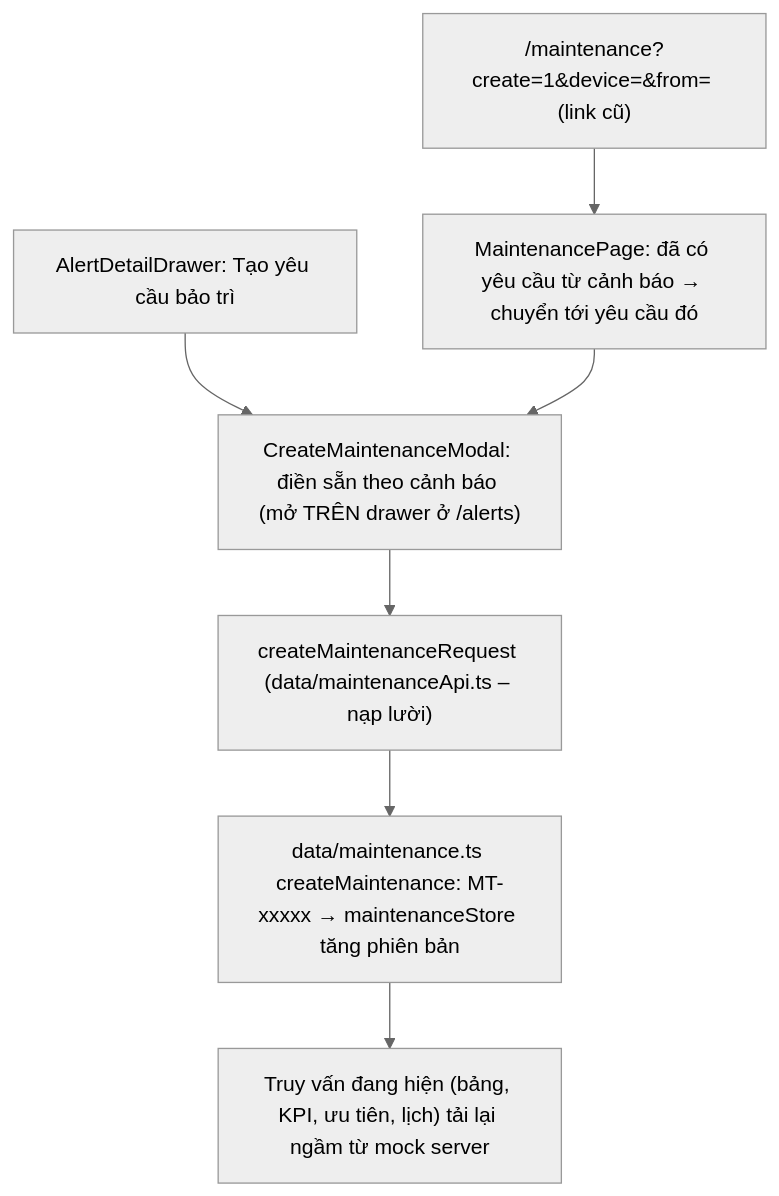
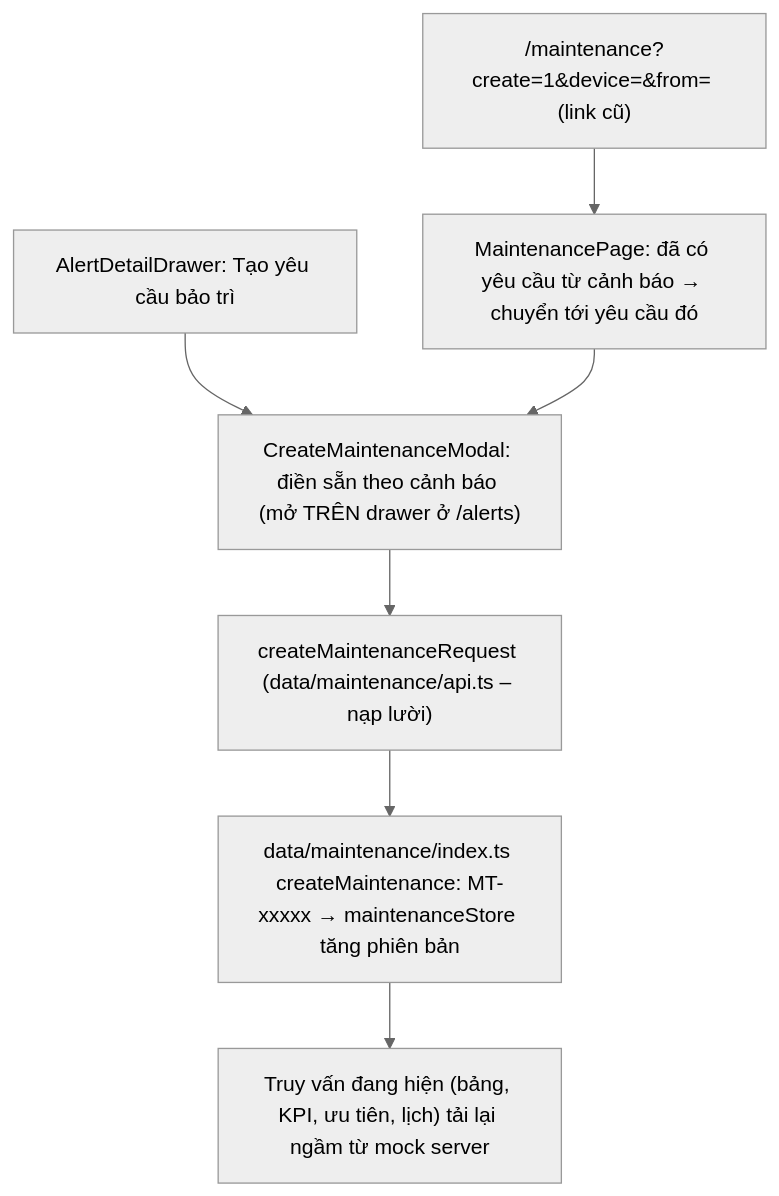
Before and after one commit to tuanpq-dev/demo-lpg: the diagram in docs/guide/maintenance.md, drawn with Mermaid (neutral theme). The commit also changed other lines of this file and 214 other files, not shown here.

````diff
--- a/docs/guide/maintenance.md
+++ b/docs/guide/maintenance.md
@@ -9,9 +9,9 @@
 ```mermaid
 flowchart TD
   A["AlertDetailDrawer: Tạo yêu cầu bảo trì"] --> D
   B["/maintenance?create=1&device=&from= (link cũ)"] --> C["MaintenancePage: đã có yêu cầu từ cảnh báo → chuyển tới yêu cầu đó"]
   C --> D["CreateMaintenanceModal: điền sẵn theo cảnh báo (mở TRÊN drawer ở /alerts)"]
-  D --> E["createMaintenanceRequest (data/maintenanceApi.ts – nạp lười)"]
-  E --> F["data/maintenance.ts createMaintenance: MT-xxxxx → maintenanceStore tăng phiên bản"]
+  D --> E["createMaintenanceRequest (data/maintenance/api.ts – nạp lười)"]
+  E --> F["data/maintenance/index.ts createMaintenance: MT-xxxxx → maintenanceStore tăng phiên bản"]
   F --> G["Truy vấn đang hiện (bảng, KPI, ưu tiên, lịch) tải lại ngầm từ mock server"]
 ```
````
